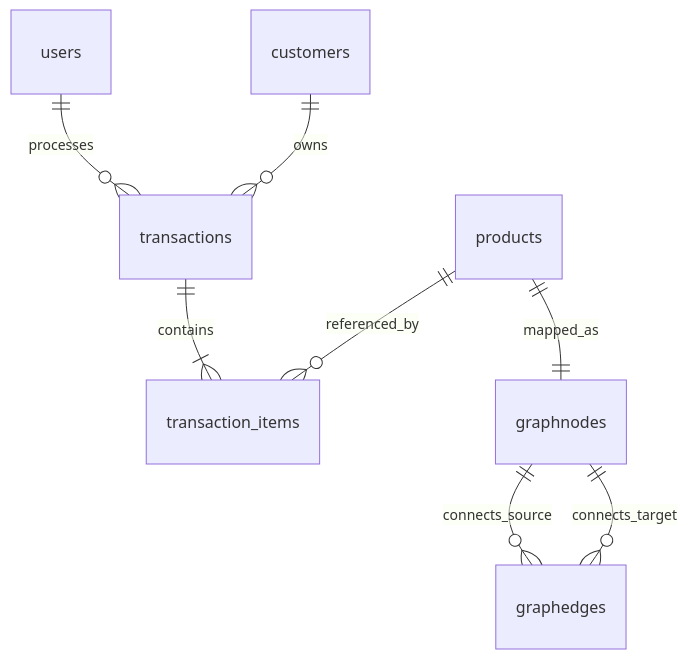
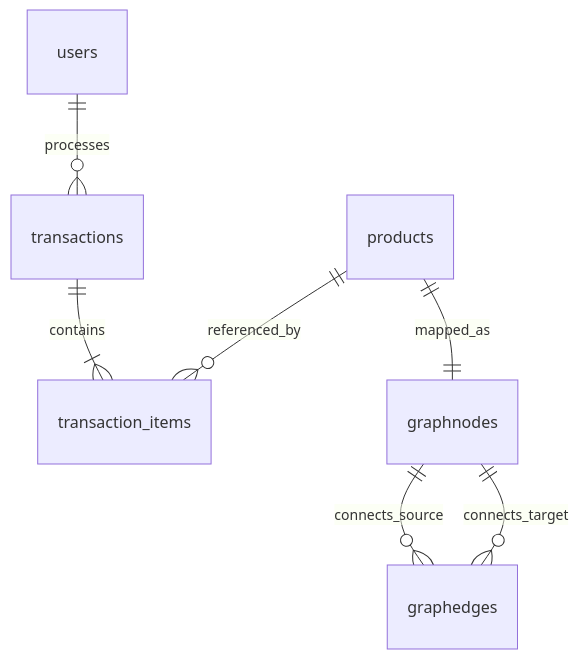
One commit to yashan223/xona-pos changed the diagram in database/README.md. Above: the diagram before and after it, drawn with Mermaid. The commit also changed other lines of this file and 2 other files, not shown here.

````diff
--- a/database/README.md
+++ b/database/README.md
@@ -124,11 +109,10 @@
 ```mermaid
 erDiagram
     users ||--o{ transactions : "processes"
-    customers ||--o{ transactions : "owns"
     transactions ||--|{ transaction_items : "contains"
     products ||--o{ transaction_items : "referenced_by"
     
     products ||--|| graphnodes : "mapped_as"
     graphnodes ||--o{ graphedges : "connects_source"
     graphedges }o--|| graphnodes : "connects_target"
 ```
````
